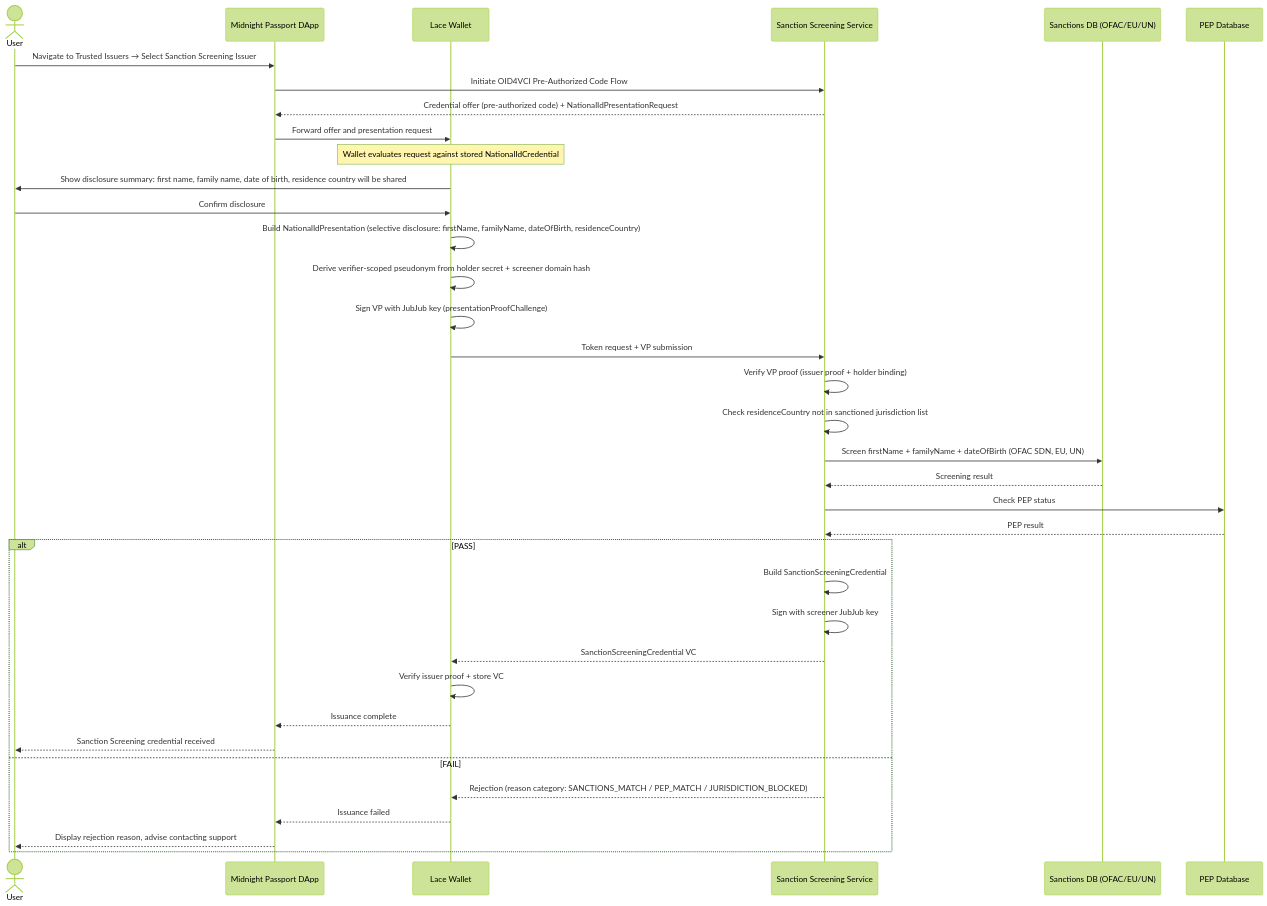
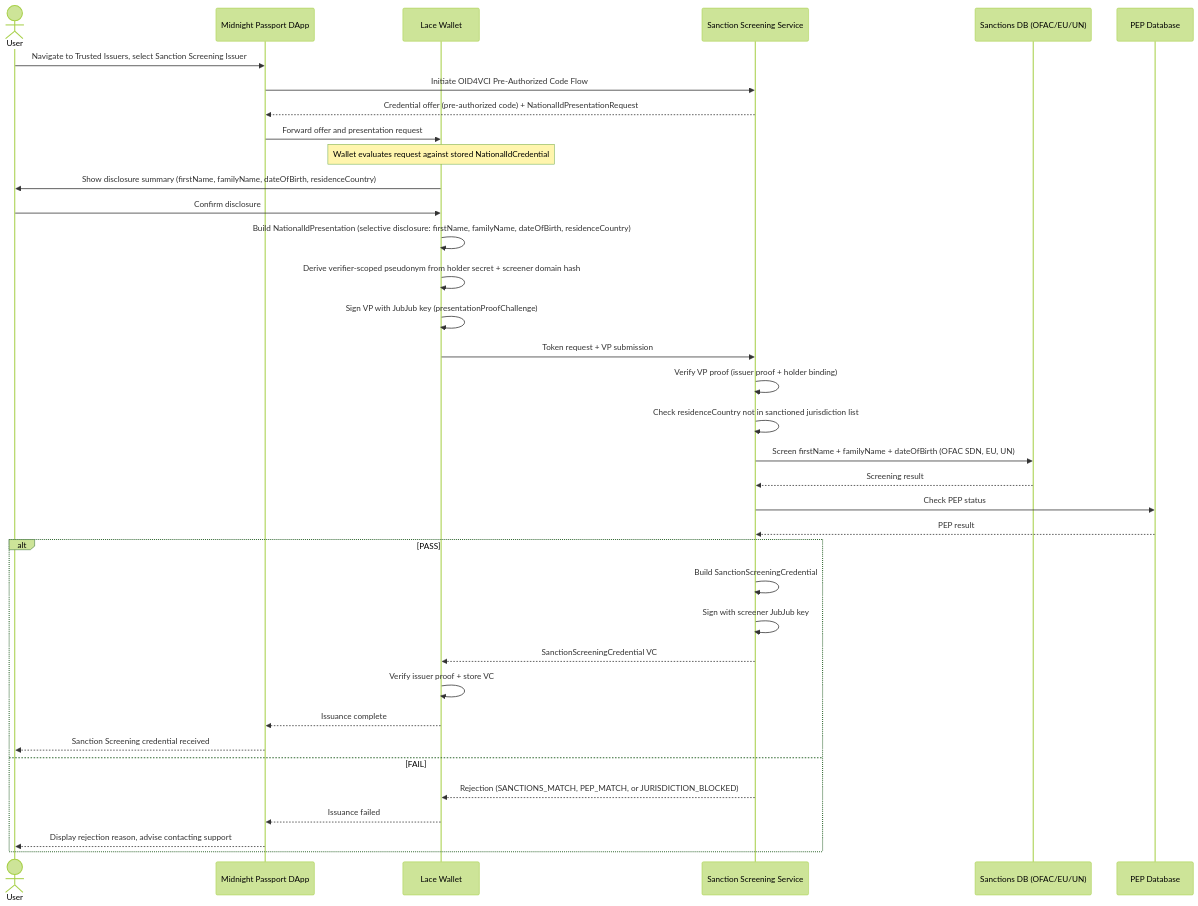
One commit to midnightntwrk/midnight-did changed the tenth of 15 diagrams in research/lace-wallet-midnight-dapp-brd-frd.md. Above: the diagram before and after it, drawn with Mermaid (forest theme). The commit also changed other lines of this file, not shown here.

First line of the commit message:
docs(brd-frd): fix Mermaid rendering issues across all diagrams

````diff
--- a/research/lace-wallet-midnight-dapp-brd-frd.md
+++ b/research/lace-wallet-midnight-dapp-brd-frd.md
@@ -652,44 +652,44 @@
 ```mermaid
 sequenceDiagram
     actor User
     participant DApp as Midnight Passport DApp
     participant Wallet as Lace Wallet
     participant Screener as Sanction Screening Service
     participant SanctionDB as Sanctions DB (OFAC/EU/UN)
     participant PEPDB as PEP Database
 
-    User->>DApp: Navigate to Trusted Issuers → Select Sanction Screening Issuer
+    User->>DApp: Navigate to Trusted Issuers, select Sanction Screening Issuer
     DApp->>Screener: Initiate OID4VCI Pre-Authorized Code Flow
     Screener-->>DApp: Credential offer (pre-authorized code) + NationalIdPresentationRequest
     DApp->>Wallet: Forward offer and presentation request
 
     Note over Wallet: Wallet evaluates request against stored NationalIdCredential
-    Wallet->>User: Show disclosure summary: first name, family name, date of birth, residence country will be shared
+    Wallet->>User: Show disclosure summary (firstName, familyName, dateOfBirth, residenceCountry)
     User->>Wallet: Confirm disclosure
 
     Wallet->>Wallet: Build NationalIdPresentation (selective disclosure: firstName, familyName, dateOfBirth, residenceCountry)
     Wallet->>Wallet: Derive verifier-scoped pseudonym from holder secret + screener domain hash
     Wallet->>Wallet: Sign VP with JubJub key (presentationProofChallenge)
 
     Wallet->>Screener: Token request + VP submission
     Screener->>Screener: Verify VP proof (issuer proof + holder binding)
     Screener->>Screener: Check residenceCountry not in sanctioned jurisdiction list
 
     Screener->>SanctionDB: Screen firstName + familyName + dateOfBirth (OFAC SDN, EU, UN)
     SanctionDB-->>Screener: Screening result
     Screener->>PEPDB: Check PEP status
     PEPDB-->>Screener: PEP result
 
     alt PASS
         Screener->>Screener: Build SanctionScreeningCredential
         Screener->>Screener: Sign with screener JubJub key
         Screener-->>Wallet: SanctionScreeningCredential VC
         Wallet->>Wallet: Verify issuer proof + store VC
         Wallet-->>DApp: Issuance complete
         DApp-->>User: Sanction Screening credential received
     else FAIL
-        Screener-->>Wallet: Rejection (reason category: SANCTIONS_MATCH / PEP_MATCH / JURISDICTION_BLOCKED)
+        Screener-->>Wallet: Rejection (SANCTIONS_MATCH, PEP_MATCH, or JURISDICTION_BLOCKED)
         Wallet-->>DApp: Issuance failed
         DApp-->>User: Display rejection reason, advise contacting support
     end
 ```
````
